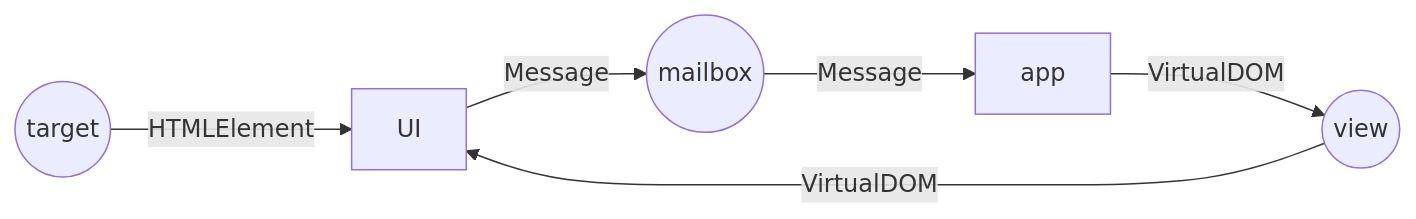
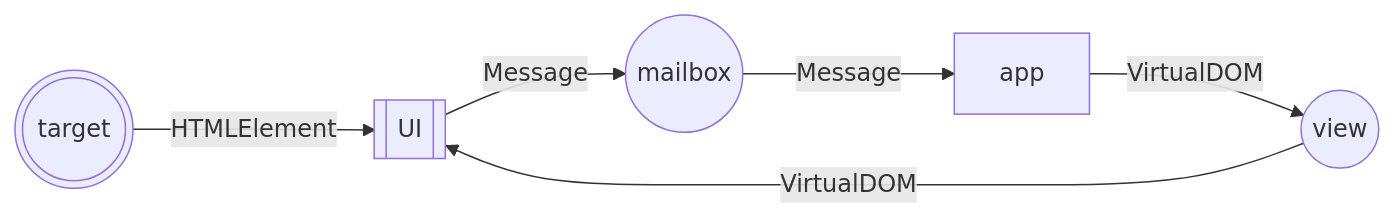
Before and after one commit to Gozala/workspace: the diagram in journals/2024_06_14.md, drawn with Mermaid.

Commit message:
Auto saved by Logseq

````diff
--- a/journals/2024_06_14.md
+++ b/journals/2024_06_14.md
@@ -7,14 +7,14 @@
   ```mermaid
   flowchart LR
-  target((target))
+  target(((target)))
   view((view))
   mailbox((mailbox))
-  UI[UI]
+  UI[[UI]]
   app[app]
   
   target -- HTMLElement --> UI
   view -- VirtualDOM --> UI
   UI -- Message --> mailbox 
   mailbox -- Message --> app
   app -- VirtualDOM --> view
   ```
````
